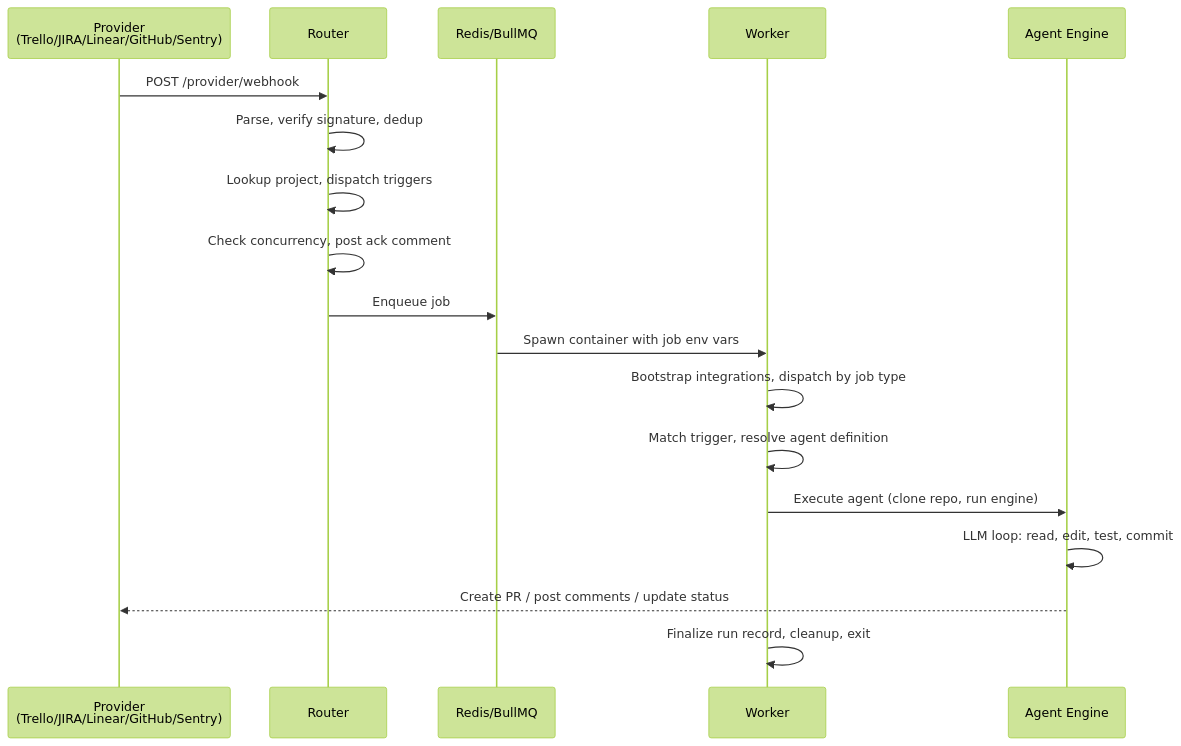
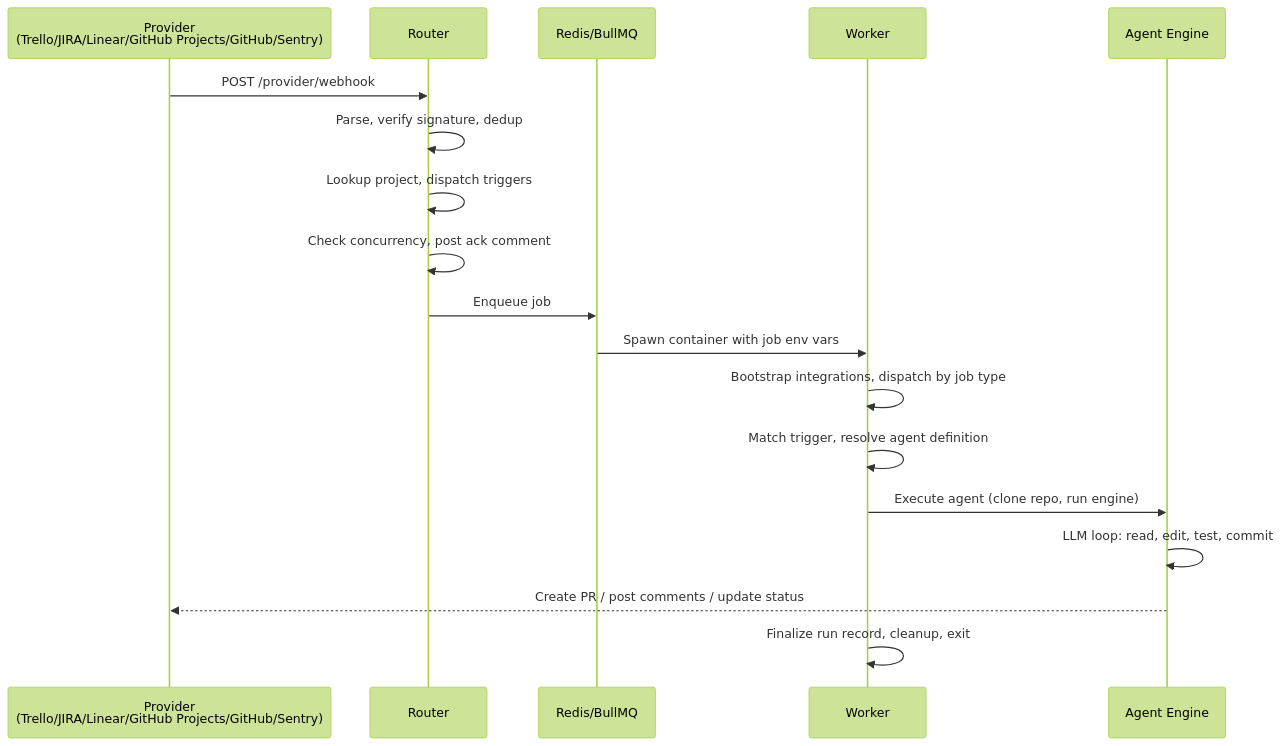
Before and after one commit to mongrel-intelligence/cascade: the second of 2 diagrams in docs/ARCHITECTURE.md, drawn with Mermaid (forest theme). The commit also changed other lines of this file and 72 other files, not shown here.

First line of the commit message:
feat: add GitHub Projects as PM provider (MNG-1050)

````diff
--- a/docs/ARCHITECTURE.md
+++ b/docs/ARCHITECTURE.md
@@ -69,21 +72,21 @@
 ```mermaid
 sequenceDiagram
-    participant P as Provider<br/>(Trello/JIRA/Linear/GitHub/Sentry)
+    participant P as Provider<br/>(Trello/JIRA/Linear/GitHub Projects/GitHub/Sentry)
     participant R as Router
     participant Q as Redis/BullMQ
     participant W as Worker
     participant A as Agent Engine
 
     P->>R: POST /provider/webhook
     R->>R: Parse, verify signature, dedup
     R->>R: Lookup project, dispatch triggers
     R->>R: Check concurrency, post ack comment
     R->>Q: Enqueue job
     Q->>W: Spawn container with job env vars
     W->>W: Bootstrap integrations, dispatch by job type
     W->>W: Match trigger, resolve agent definition
     W->>A: Execute agent (clone repo, run engine)
     A->>A: LLM loop: read, edit, test, commit
     A-->>P: Create PR / post comments / update status
     W->>W: Finalize run record, cleanup, exit
 ```
````
